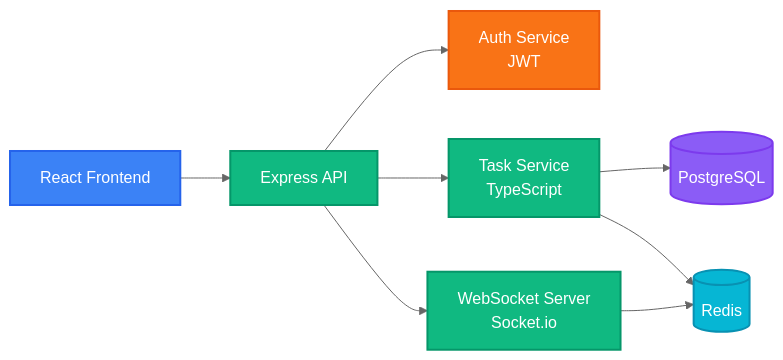
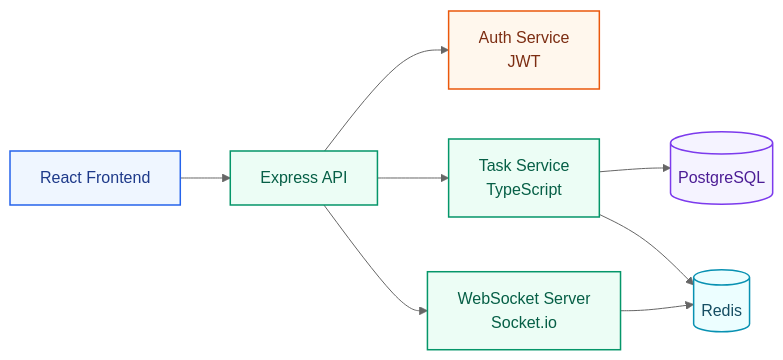
Before and after one commit to LINJIANG12/general-readme-skill: the diagram in examples/app-readme.md, drawn with Mermaid (neutral theme). The commit also changed other lines of this file and 13 other files, not shown here.

````diff
--- a/examples/app-readme.md
+++ b/examples/app-readme.md
@@ -101,22 +101,22 @@
 ```mermaid
 graph LR
     A[React Frontend] --> B[Express API]
     B --> C[Auth Service<br/>JWT]
     B --> D[Task Service<br/>TypeScript]
     B --> E[WebSocket Server<br/>Socket.io]
     D --> F[(PostgreSQL)]
     D --> G[(Redis)]
     E --> G
 
-    classDef client fill:#3B82F6,stroke:#2563EB,color:#fff,stroke-width:2px
-    classDef service fill:#10B981,stroke:#059669,color:#fff,stroke-width:2px
-    classDef auth fill:#F97316,stroke:#EA580C,color:#fff,stroke-width:2px
-    classDef data fill:#8B5CF6,stroke:#7C3AED,color:#fff,stroke-width:2px
-    classDef queue fill:#06B6D4,stroke:#0891B2,color:#fff,stroke-width:2px
+    classDef client fill:#EFF6FF,stroke:#2563EB,color:#1E3A8A,stroke-width:1.5px
+    classDef service fill:#ECFDF5,stroke:#059669,color:#065F46,stroke-width:1.5px
+    classDef auth fill:#FFF7ED,stroke:#EA580C,color:#7C2D12,stroke-width:1.5px
+    classDef data fill:#F5F3FF,stroke:#7C3AED,color:#4C1D95,stroke-width:1.5px
+    classDef queue fill:#ECFEFF,stroke:#0891B2,color:#164E63,stroke-width:1.5px
 
     class A client
     class B,D,E service
     class C auth
     class F data
     class G queue
 ```
````
